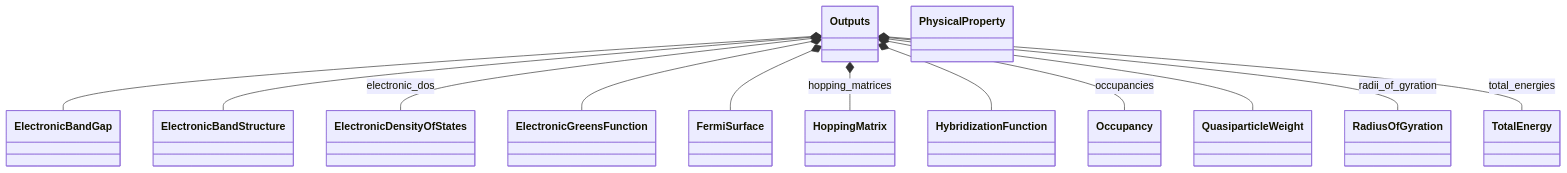
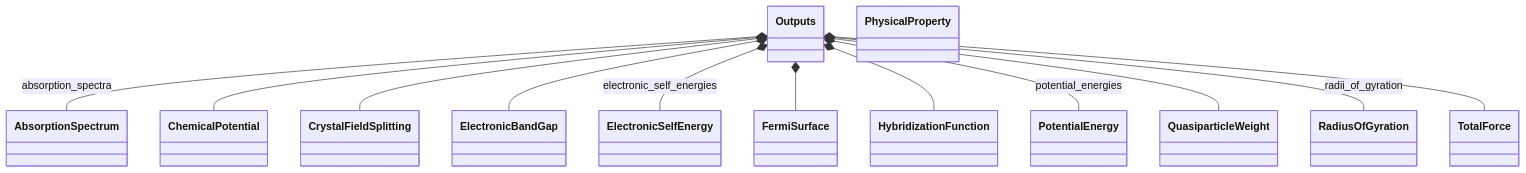
The second of 2 diagrams in docs/schema/outputs.diagram.md (FAIRmat-NFDI/nomad-simulations), drawn with Mermaid before and after one commit. The commit also changed 21 other files, not shown here.

````diff
--- a/docs/schema/outputs.diagram.md
+++ b/docs/schema/outputs.diagram.md
@@ -68,40 +68,40 @@
 ```mermaid
 classDiagram
+    class AbsorptionSpectrum {
+    }
+    class ChemicalPotential {
+    }
+    class CrystalFieldSplitting {
+    }
     class ElectronicBandGap {
     }
-    class ElectronicBandStructure {
-    }
-    class ElectronicDensityOfStates {
-    }
-    class ElectronicGreensFunction {
+    class ElectronicSelfEnergy {
     }
     class FermiSurface {
     }
-    class HoppingMatrix {
-    }
     class HybridizationFunction {
-    }
-    class Occupancy {
     }
     class Outputs {
     }
     class PhysicalProperty {
     }
+    class PotentialEnergy {
+    }
     class QuasiparticleWeight {
     }
     class RadiusOfGyration {
     }
-    class TotalEnergy {
+    class TotalForce {
     }
+    Outputs *-- AbsorptionSpectrum : absorption_spectra
+    Outputs *-- ChemicalPotential
+    Outputs *-- CrystalFieldSplitting
     Outputs *-- ElectronicBandGap
-    Outputs *-- ElectronicBandStructure
-    Outputs *-- ElectronicDensityOfStates : electronic_dos
-    Outputs *-- ElectronicGreensFunction
+    Outputs *-- ElectronicSelfEnergy : electronic_self_energies
     Outputs *-- FermiSurface
-    Outputs *-- HoppingMatrix : hopping_matrices
     Outputs *-- HybridizationFunction
-    Outputs *-- Occupancy : occupancies
+    Outputs *-- PotentialEnergy : potential_energies
     Outputs *-- QuasiparticleWeight
     Outputs *-- RadiusOfGyration : radii_of_gyration
-    Outputs *-- TotalEnergy : total_energies
+    Outputs *-- TotalForce
 ```
````
